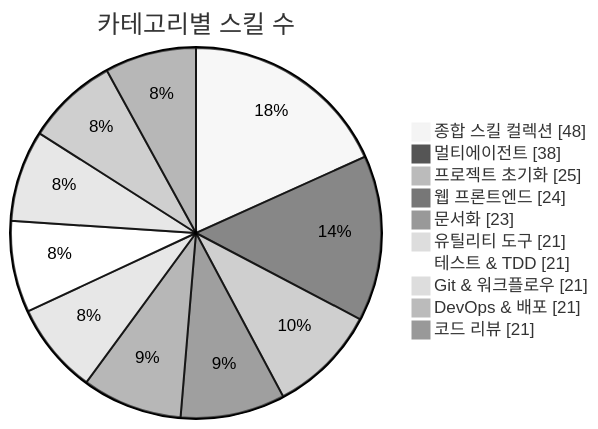
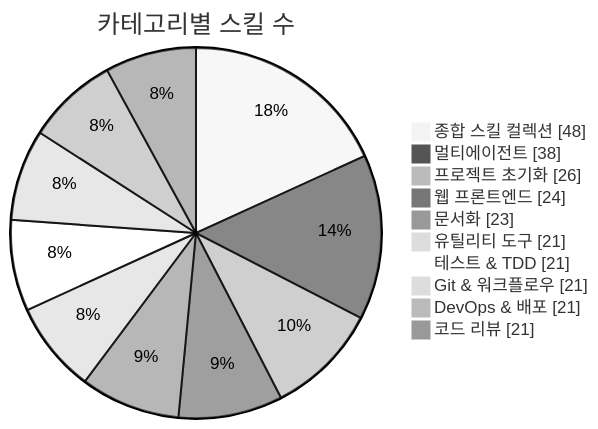
Before and after one commit to J-nowcow/awesome-korean-agent-skills: the first of 3 diagrams in README.md, drawn with Mermaid (neutral theme). The commit also changed other lines of this file and 4 other files, not shown here.

````diff
--- a/README.md
+++ b/README.md
@@ -176,14 +176,14 @@
 ```mermaid
 pie showData
     title 카테고리별 스킬 수
     "종합 스킬 컬렉션" : 48
     "멀티에이전트" : 38
-    "프로젝트 초기화" : 25
+    "프로젝트 초기화" : 26
     "웹 프론트엔드" : 24
     "문서화" : 23
     "유틸리티 도구" : 21
     "테스트 & TDD" : 21
     "Git & 워크플로우" : 21
     "DevOps & 배포" : 21
     "코드 리뷰" : 21
 ```
````
